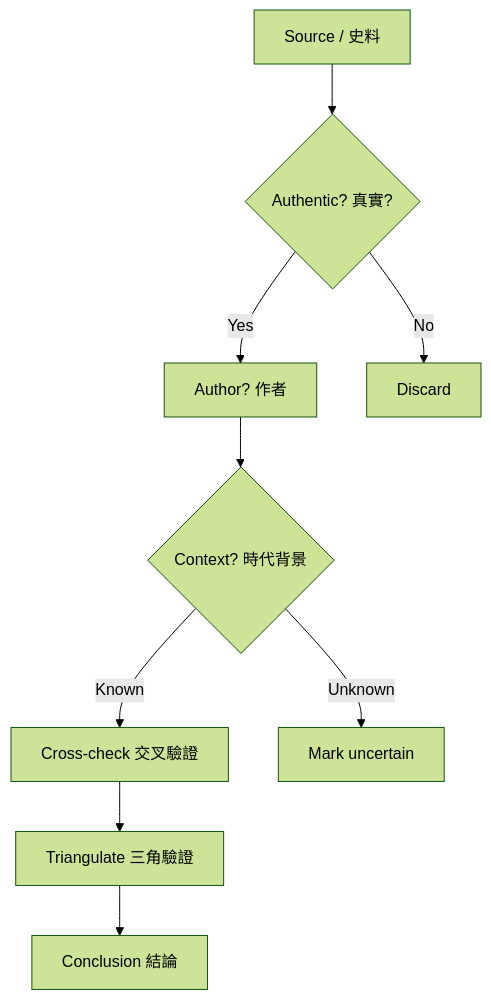
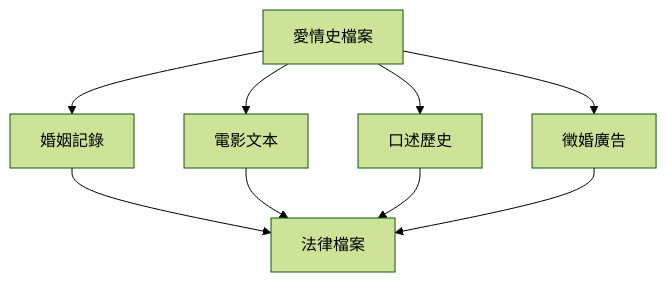
One commit to yip-lgtm/HKU-Harvard-History-Self-Study changed the tenth of 10 diagrams in 02_Harvard_Courses/Fall_Courses/Hist137_History_of_Love.md. Above: the diagram before and after it, drawn with Mermaid (forest theme). The commit also changed other lines of this file and 65 other files, not shown here.

````diff
--- a/02_Harvard_Courses/Fall_Courses/Hist137_History_of_Love.md
+++ b/02_Harvard_Courses/Fall_Courses/Hist137_History_of_Love.md
@@ -422,11 +342,11 @@
 ```mermaid
-flowchart TD
-    A[Source / 史料] --> Q{Authentic? 真實?}
-    Q -->|Yes| B[Author? 作者]
-    Q -->|No| Z[Discard]
-    B --> R{Context? 時代背景}
-    R -->|Known| C[Cross-check 交叉驗證]
-    R -->|Unknown| Y[Mark uncertain]
-    C --> D[Triangulate 三角驗證]
-    D --> E[Conclusion 結論]
+graph TD
+    A[愛情史檔案] --> B[婚姻記錄]
+    A --> C[電影文本]
+    A --> D[口述歷史]
+    A --> E[徵婚廣告]
+    B --> F[法律檔案]
+    C --> F
+    D --> F
+    E --> F
 ```
````
